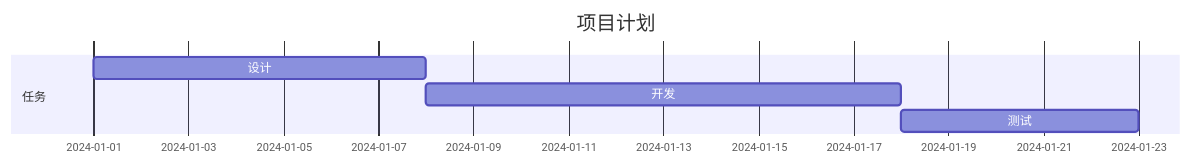
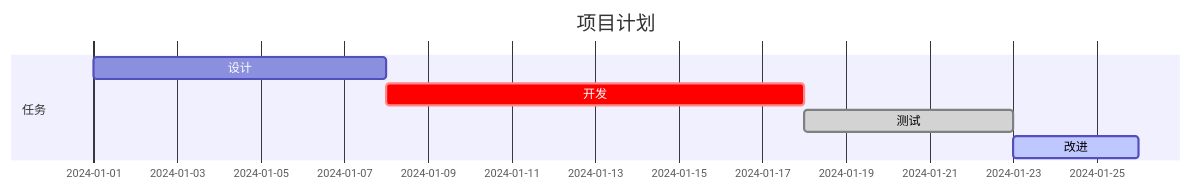
The sixth of 12 diagrams in 辅助工具/Mermaid.md (KD6137-min/Notes), drawn with Mermaid before and after one commit. The commit also changed other lines of this file and 30 other files, not shown here.

````diff
--- a/辅助工具/Mermaid.md
+++ b/辅助工具/Mermaid.md
@@ -162,9 +164,10 @@
 ```mermaid
 gantt
   title 项目计划
   dateFormat  YYYY-MM-DD
   section 任务
   设计       :a1, 2024-01-01, 7d
-  开发       :a2, after a1, 10d
-  测试       :a3, after a2, 5d
+  开发       :crit,a2, after a1, 10d
+  测试       :done,a3, after a2, 5d
+  改进	   :active, a4, after a3, 3d
 ```
````
